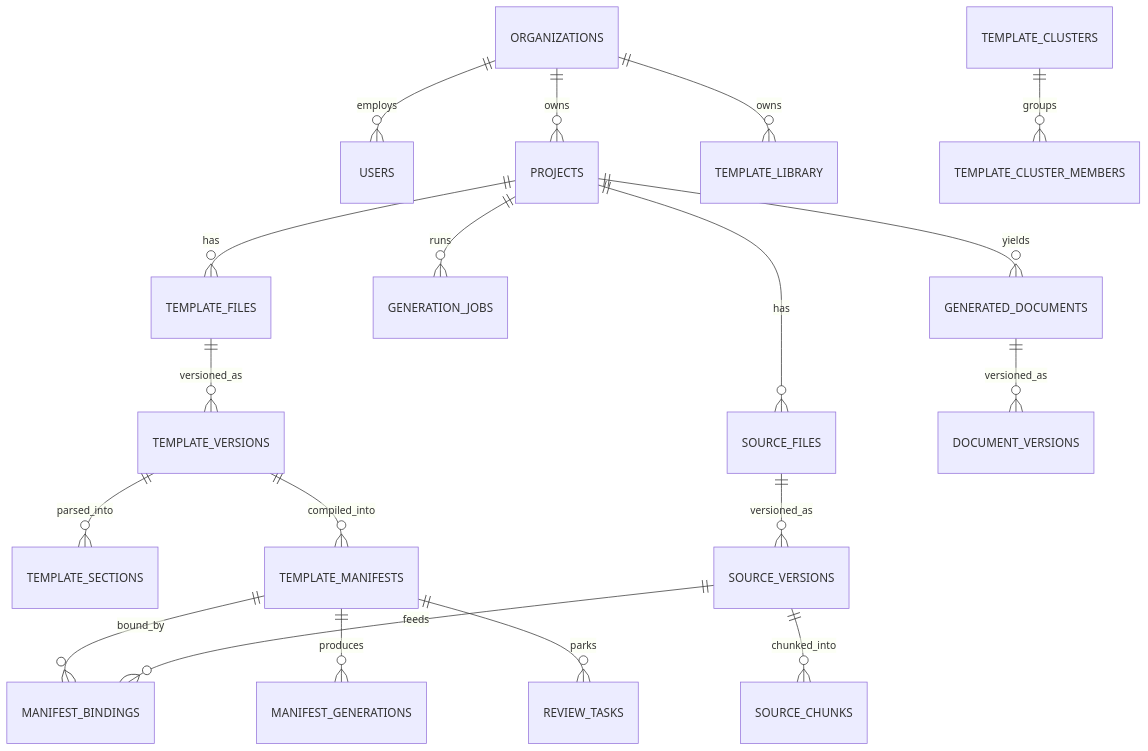
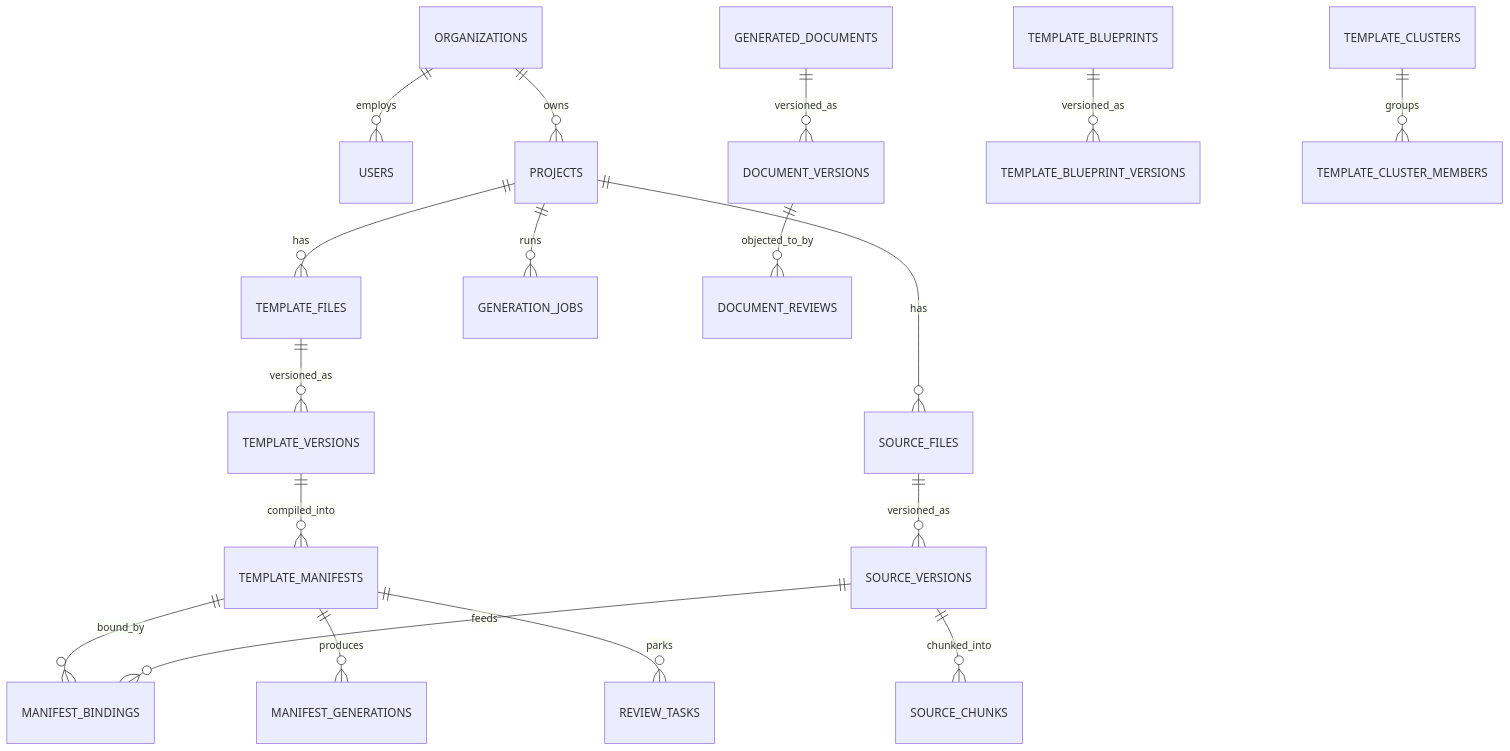
One commit to pythometa1/docucraft-ai changed the third of 3 diagrams in README.md. Above: the diagram before and after it, drawn with Mermaid. The commit also changed other lines of this file and 31 other files, not shown here.

````diff
--- a/README.md
+++ b/README.md
@@ -201,21 +279,20 @@
 ```mermaid
 erDiagram
   ORGANIZATIONS ||--o{ USERS : employs
   ORGANIZATIONS ||--o{ PROJECTS : owns
-  ORGANIZATIONS ||--o{ TEMPLATE_LIBRARY : owns
   PROJECTS ||--o{ TEMPLATE_FILES : has
   PROJECTS ||--o{ SOURCE_FILES : has
   PROJECTS ||--o{ GENERATION_JOBS : runs
-  PROJECTS ||--o{ GENERATED_DOCUMENTS : yields
   TEMPLATE_FILES ||--o{ TEMPLATE_VERSIONS : versioned_as
-  TEMPLATE_VERSIONS ||--o{ TEMPLATE_SECTIONS : parsed_into
   TEMPLATE_VERSIONS ||--o{ TEMPLATE_MANIFESTS : compiled_into
+  TEMPLATE_MANIFESTS ||--o{ MANIFEST_BINDINGS : bound_by
+  TEMPLATE_MANIFESTS ||--o{ MANIFEST_GENERATIONS : produces
+  TEMPLATE_MANIFESTS ||--o{ REVIEW_TASKS : parks
   SOURCE_FILES ||--o{ SOURCE_VERSIONS : versioned_as
   SOURCE_VERSIONS ||--o{ SOURCE_CHUNKS : chunked_into
-  TEMPLATE_MANIFESTS ||--o{ MANIFEST_BINDINGS : bound_by
   SOURCE_VERSIONS ||--o{ MANIFEST_BINDINGS : feeds
-  TEMPLATE_MANIFESTS ||--o{ MANIFEST_GENERATIONS : produces
-  TEMPLATE_MANIFESTS ||--o{ REVIEW_TASKS : parks
   GENERATED_DOCUMENTS ||--o{ DOCUMENT_VERSIONS : versioned_as
+  DOCUMENT_VERSIONS ||--o{ DOCUMENT_REVIEWS : objected_to_by
+  TEMPLATE_BLUEPRINTS ||--o{ TEMPLATE_BLUEPRINT_VERSIONS : versioned_as
   TEMPLATE_CLUSTERS ||--o{ TEMPLATE_CLUSTER_MEMBERS : groups
 ```
````
